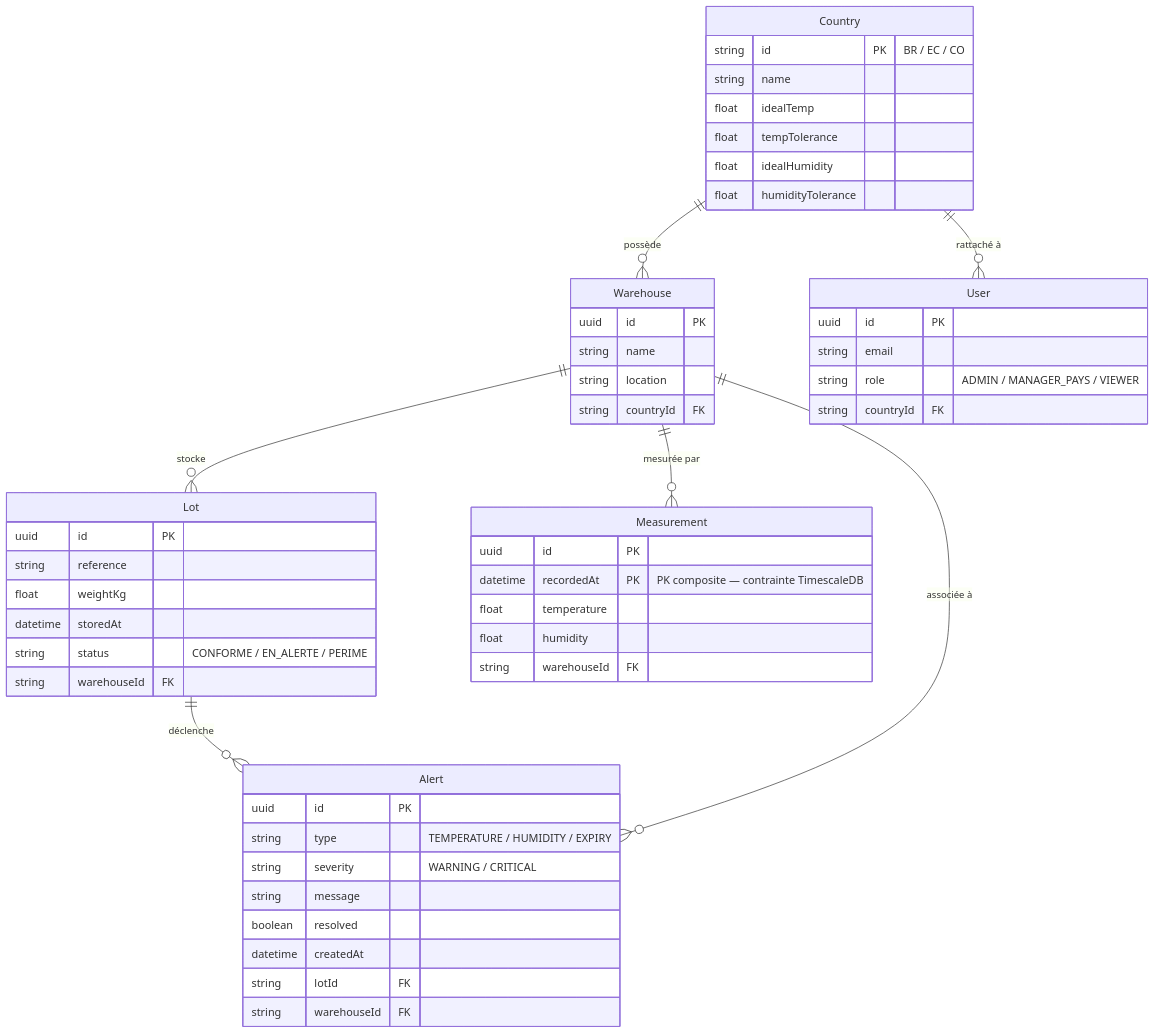
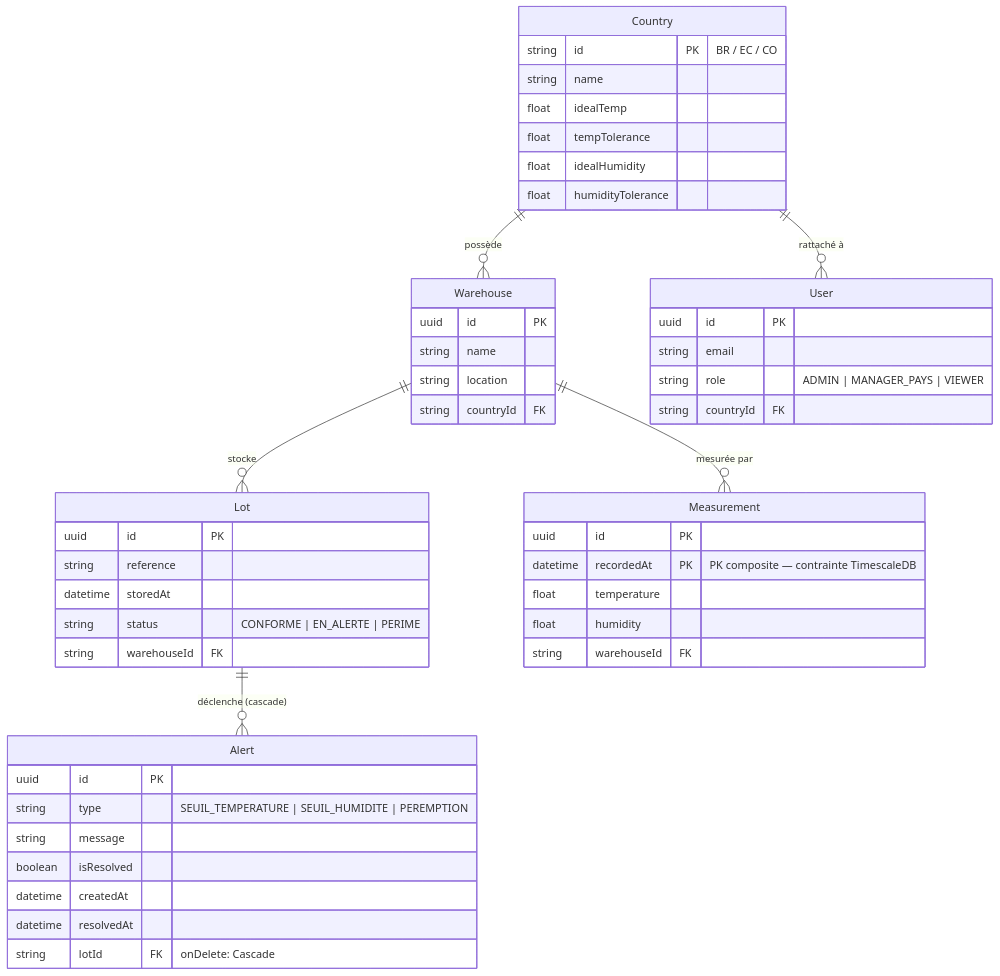
The third of 5 diagrams in doc/guide-technique.md (rudolphattisso/MSPR2), drawn with Mermaid before and after one commit. The commit also changed other lines of this file and 1 other file, not shown here.

````diff
--- a/doc/guide-technique.md
+++ b/doc/guide-technique.md
@@ -116,60 +128,57 @@
 ```mermaid
 erDiagram
     Country {
         string id PK "BR / EC / CO"
         string name
         float idealTemp
         float tempTolerance
         float idealHumidity
         float humidityTolerance
     }
 
     Warehouse {
         uuid id PK
         string name
         string location
         string countryId FK
     }
 
     Lot {
         uuid id PK
         string reference
-        float weightKg
         datetime storedAt
-        string status "CONFORME / EN_ALERTE / PERIME"
+        string status "CONFORME | EN_ALERTE | PERIME"
         string warehouseId FK
     }
 
     Measurement {
         uuid id PK
         datetime recordedAt PK "PK composite — contrainte TimescaleDB"
         float temperature
         float humidity
         string warehouseId FK
     }
 
     Alert {
         uuid id PK
-        string type "TEMPERATURE / HUMIDITY / EXPIRY"
-        string severity "WARNING / CRITICAL"
+        string type "SEUIL_TEMPERATURE | SEUIL_HUMIDITE | PEREMPTION"
         string message
-        boolean resolved
+        boolean isResolved
         datetime createdAt
-        string lotId FK
-        string warehouseId FK
+        datetime resolvedAt
+        string lotId FK "onDelete: Cascade"
     }
 
     User {
         uuid id PK
         string email
-        string role "ADMIN / MANAGER_PAYS / VIEWER"
+        string role "ADMIN | MANAGER_PAYS | VIEWER"
         string countryId FK
     }
 
     Country ||--o{ Warehouse : "possède"
     Country ||--o{ User : "rattaché à"
     Warehouse ||--o{ Lot : "stocke"
     Warehouse ||--o{ Measurement : "mesurée par"
-    Lot ||--o{ Alert : "déclenche"
-    Warehouse ||--o{ Alert : "associée à"
+    Lot ||--o{ Alert : "déclenche (cascade)"
 ```
````
